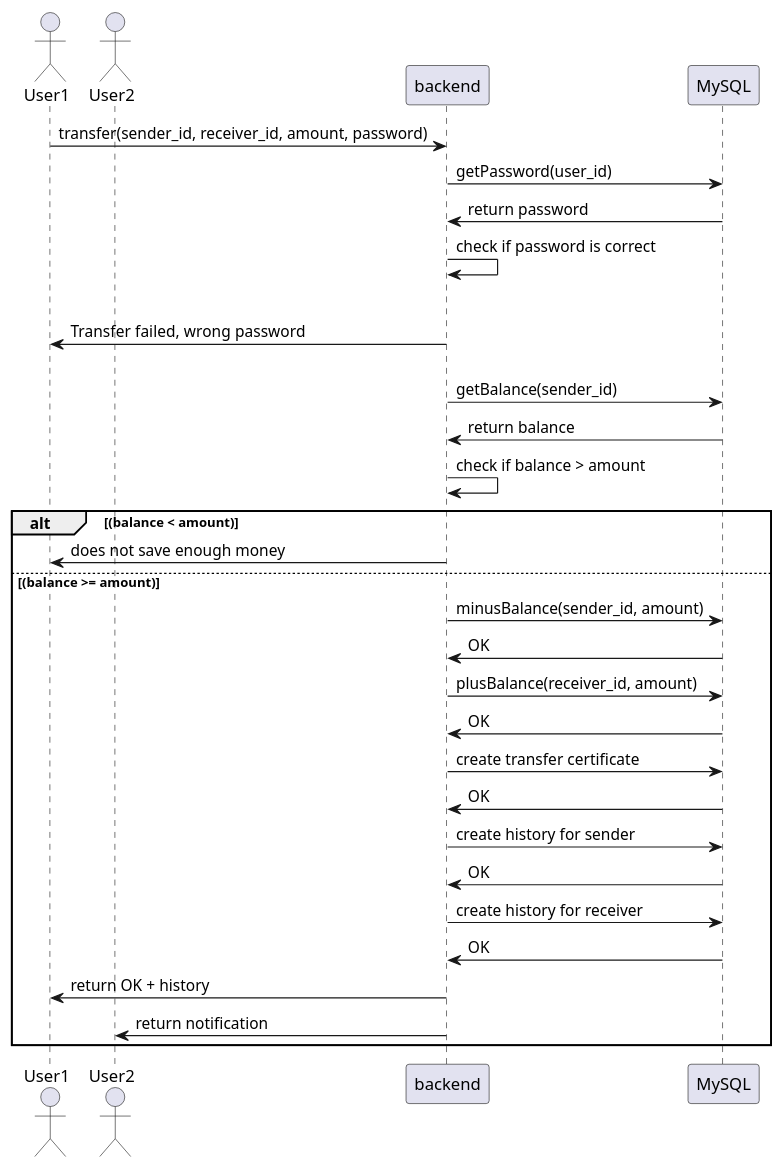
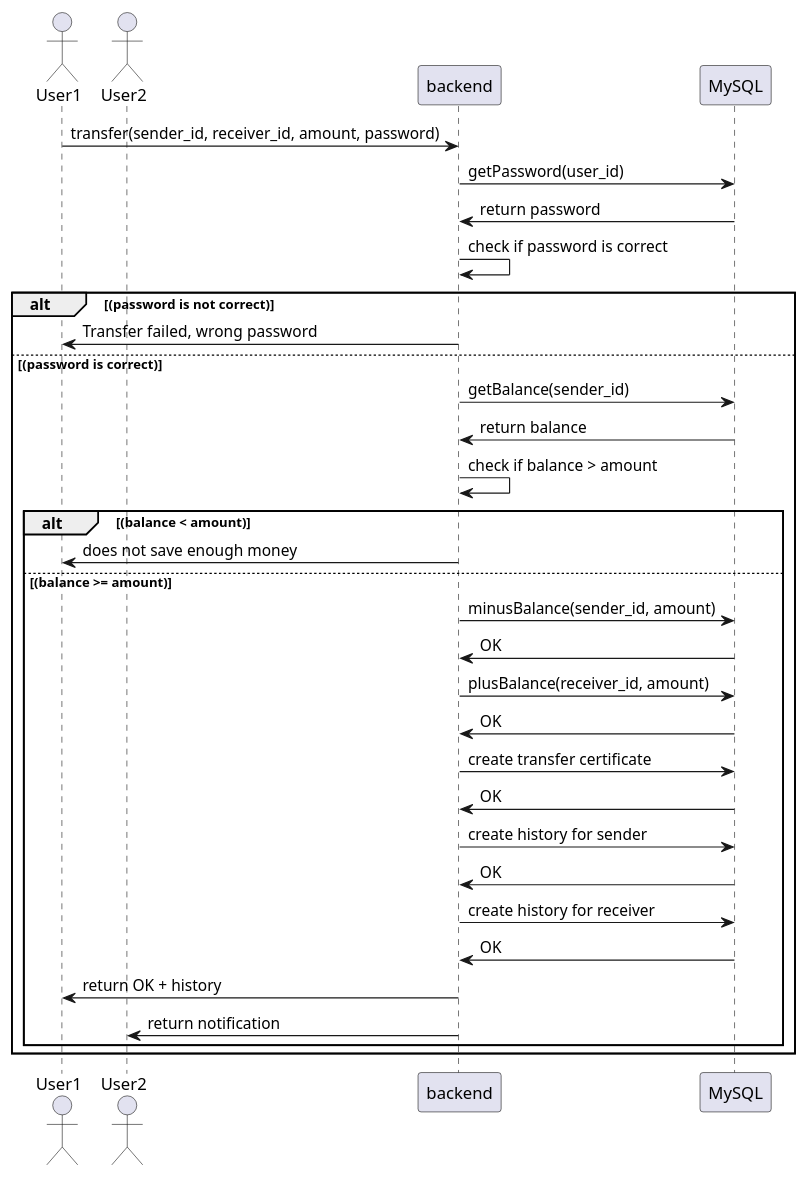
Before and after one commit to minhduc2803/Snail-App: the diagram in docs/fintech/Sequence-Diagram/transfer.puml, drawn with PlantUML.

Commit message:
fixing transfer diagram

```diff
--- a/docs/fintech/Sequence-Diagram/transfer.puml
+++ b/docs/fintech/Sequence-Diagram/transfer.puml
@@ -1,32 +1,33 @@
 @startuml transfer
     actor User1
     actor User2
     User1 -> "backend" : transfer(sender_id, receiver_id, amount, password)
     "backend" -> "MySQL" : getPassword(user_id)
     "MySQL" -> "backend" : return password
     "backend" -> "backend" : check if password is correct
     alt (password is not correct)
     "backend" -> User1 : Transfer failed, wrong password
     else (password is correct)
 
     "backend" -> "MySQL" : getBalance(sender_id)
     "MySQL" -> "backend" : return balance
     "backend" -> "backend" : check if balance > amount
     alt (balance < amount)
     "backend" -> User1 : does not save enough money
    
     else (balance >= amount)
     "backend" -> "MySQL" : minusBalance(sender_id, amount)
     "MySQL" -> "backend" : OK
     "backend" -> "MySQL" : plusBalance(receiver_id, amount)
     "MySQL" -> "backend" : OK
     "backend" -> "MySQL" : create transfer certificate
     "MySQL" -> "backend" : OK
     "backend" -> "MySQL" : create history for sender
     "MySQL" -> "backend" : OK
     "backend" -> "MySQL" : create history for receiver
     "MySQL" -> "backend" : OK
     "backend" -> User1 : return OK + history
     "backend" -> User2 : return notification
     end
+    end
 @enduml
```
